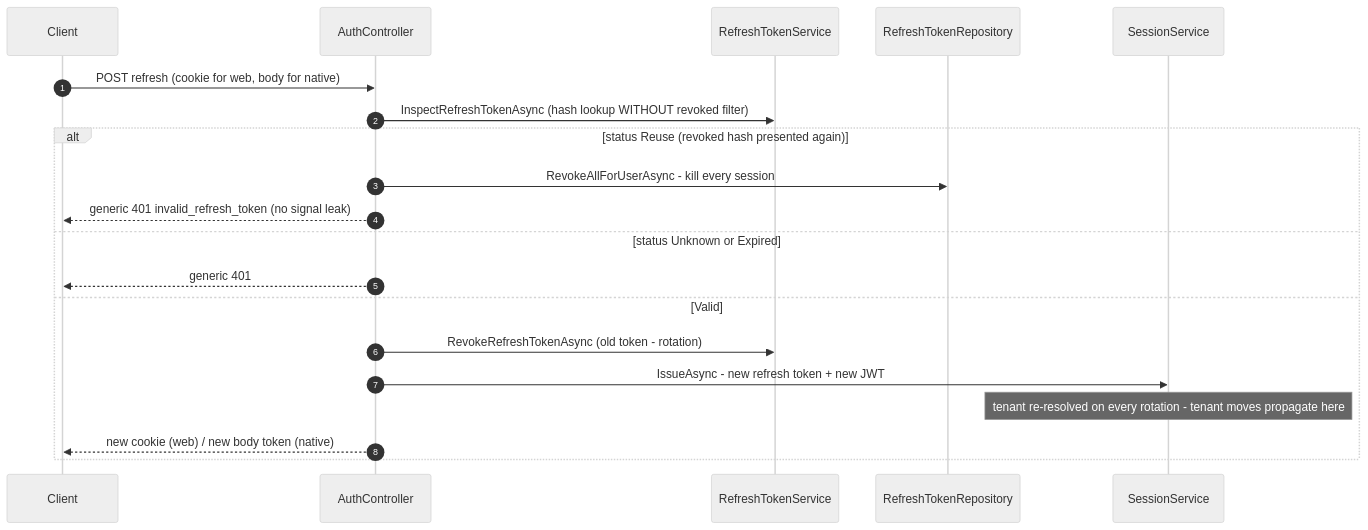
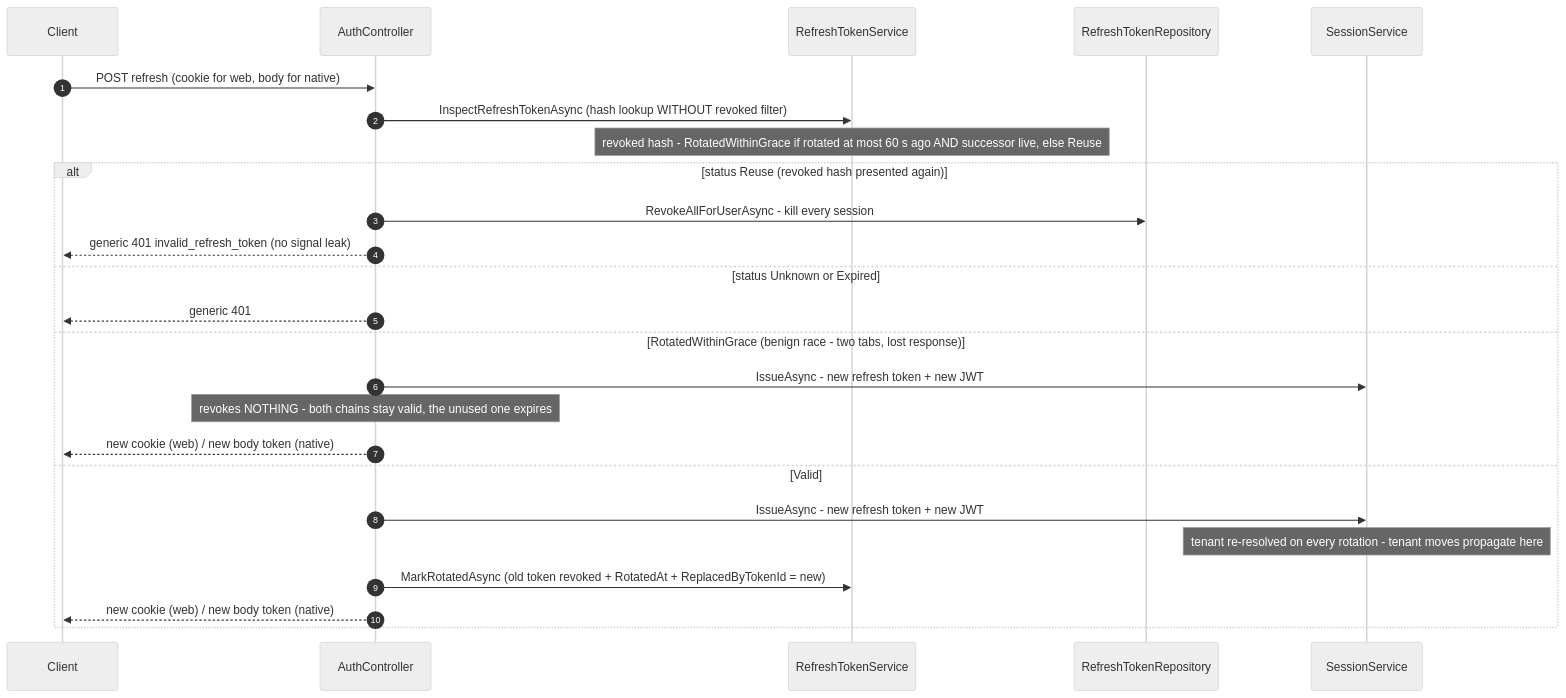
Before and after one commit to argamboad/vuelto: the seventh of 11 diagrams in docs/FLOWS.md, drawn with Mermaid (neutral theme). The commit also changed other lines of this file and 31 other files, not shown here.

First line of the commit message:
chore: sync platform #10/#11 — stay signed in: a race is not a theft, an open session renews itself

````diff
--- a/docs/FLOWS.md
+++ b/docs/FLOWS.md
@@ -227,22 +227,27 @@
 ```mermaid
 sequenceDiagram
     autonumber
     participant C as Client
     participant AC as AuthController
     participant RS as RefreshTokenService
     participant RR as RefreshTokenRepository
     participant SS as SessionService
     C->>AC: POST refresh (cookie for web, body for native)
     AC->>RS: InspectRefreshTokenAsync (hash lookup WITHOUT revoked filter)
+    Note over RS: revoked hash - RotatedWithinGrace if rotated at most 60 s ago AND successor live, else Reuse
     alt status Reuse (revoked hash presented again)
         AC->>RR: RevokeAllForUserAsync - kill every session
         AC-->>C: generic 401 invalid_refresh_token (no signal leak)
     else status Unknown or Expired
         AC-->>C: generic 401
+    else RotatedWithinGrace (benign race - two tabs, lost response)
+        AC->>SS: IssueAsync - new refresh token + new JWT
+        Note over AC: revokes NOTHING - both chains stay valid, the unused one expires
+        AC-->>C: new cookie (web) / new body token (native)
     else Valid
-        AC->>RS: RevokeRefreshTokenAsync (old token - rotation)
         AC->>SS: IssueAsync - new refresh token + new JWT
         Note over SS: tenant re-resolved on every rotation - tenant moves propagate here
+        AC->>RS: MarkRotatedAsync (old token revoked + RotatedAt + ReplacedByTokenId = new)
         AC-->>C: new cookie (web) / new body token (native)
     end
 ```
````
